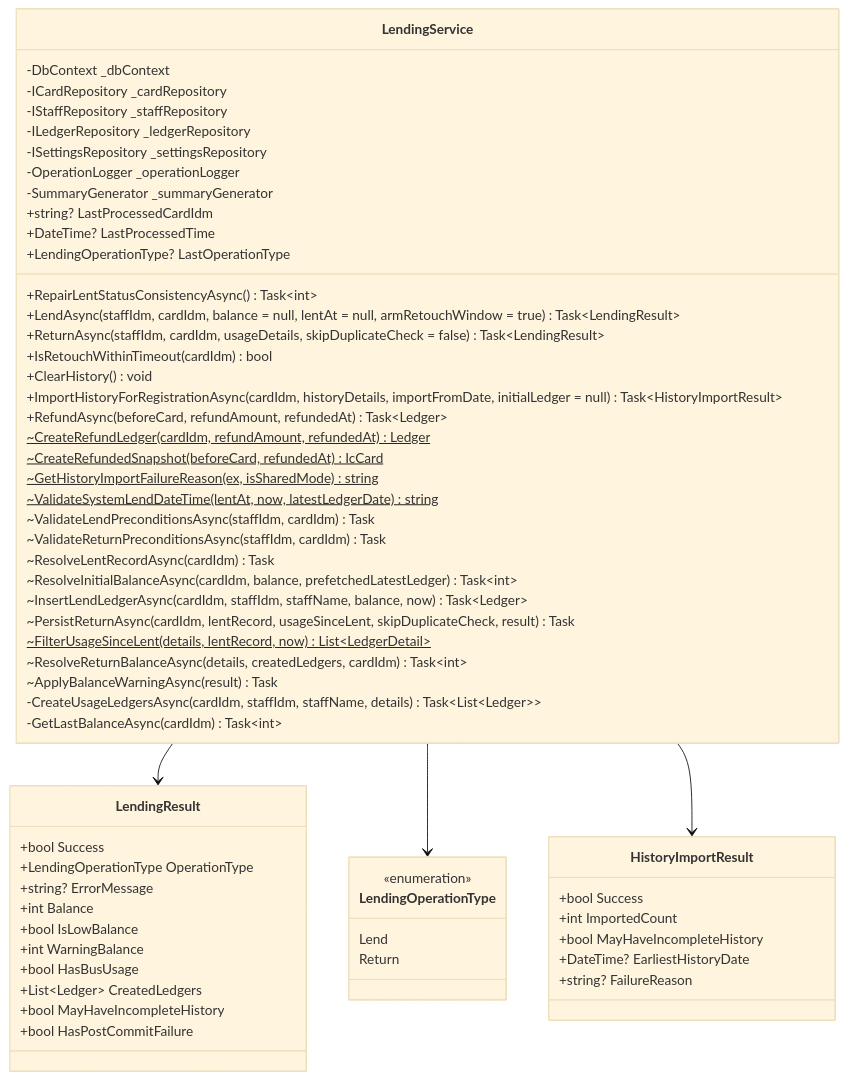
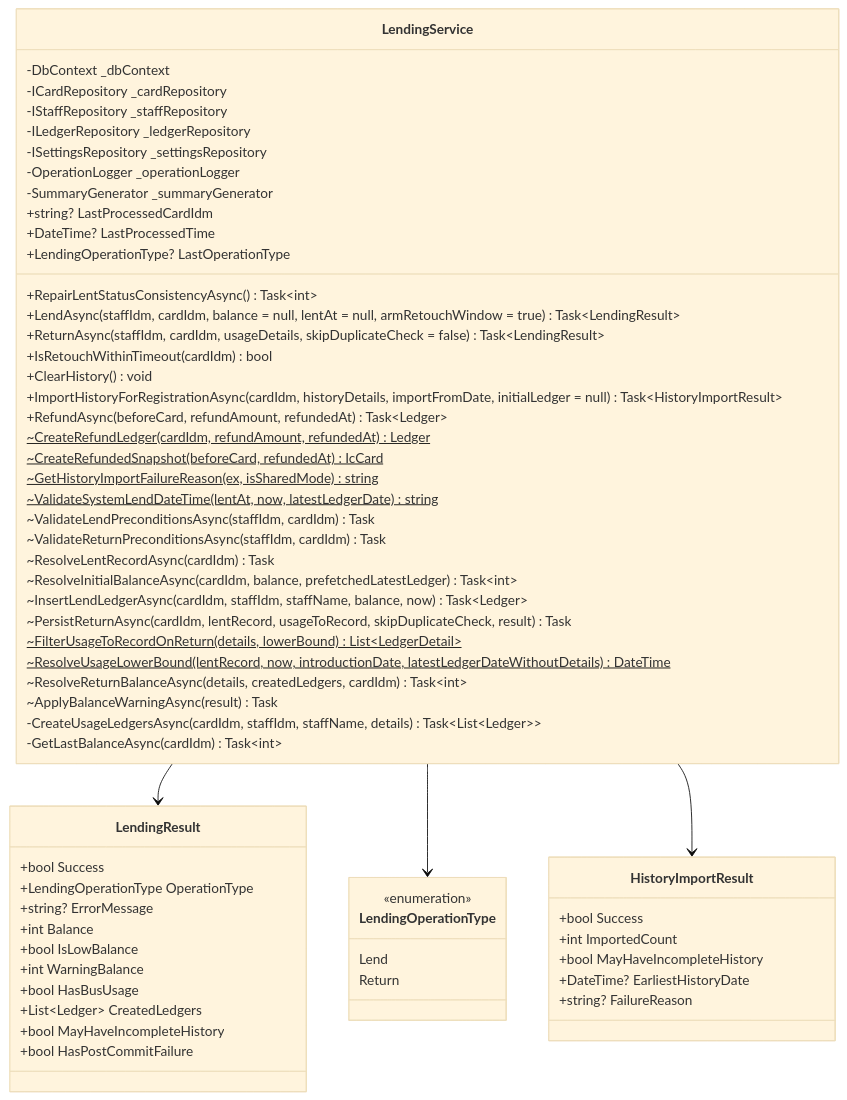
Before and after one commit to kuwayamamasayuki/ICCardManager: the fifth of 53 diagrams in ICCardManager/docs/design/05_クラス設計書.md, drawn with Mermaid (base theme). The commit also changed 13 other files, not shown here.

````diff
--- a/ICCardManager/docs/design/05_クラス設計書.md
+++ b/ICCardManager/docs/design/05_クラス設計書.md
@@ -578,68 +578,69 @@
 ```mermaid
 classDiagram
     class LendingService {
         -DbContext _dbContext
         -ICardRepository _cardRepository
         -IStaffRepository _staffRepository
         -ILedgerRepository _ledgerRepository
         -ISettingsRepository _settingsRepository
         -OperationLogger _operationLogger
         -SummaryGenerator _summaryGenerator
         +string? LastProcessedCardIdm
         +DateTime? LastProcessedTime
         +LendingOperationType? LastOperationType
         +RepairLentStatusConsistencyAsync() Task~int~
         +LendAsync(staffIdm, cardIdm, balance = null, lentAt = null, armRetouchWindow = true) Task~LendingResult~
         +ReturnAsync(staffIdm, cardIdm, usageDetails, skipDuplicateCheck = false) Task~LendingResult~
         +IsRetouchWithinTimeout(cardIdm) bool
         +ClearHistory() void
         +ImportHistoryForRegistrationAsync(cardIdm, historyDetails, importFromDate, initialLedger = null) Task~HistoryImportResult~
         +RefundAsync(beforeCard, refundAmount, refundedAt) Task~Ledger~
         ~CreateRefundLedger(cardIdm, refundAmount, refundedAt)$ Ledger
         ~CreateRefundedSnapshot(beforeCard, refundedAt)$ IcCard
         ~GetHistoryImportFailureReason(ex, isSharedMode)$ string
         ~ValidateSystemLendDateTime(lentAt, now, latestLedgerDate)$ string
         ~ValidateLendPreconditionsAsync(staffIdm, cardIdm) Task
         ~ValidateReturnPreconditionsAsync(staffIdm, cardIdm) Task
         ~ResolveLentRecordAsync(cardIdm) Task
         ~ResolveInitialBalanceAsync(cardIdm, balance, prefetchedLatestLedger) Task~int~
         ~InsertLendLedgerAsync(cardIdm, staffIdm, staffName, balance, now) Task~Ledger~
-        ~PersistReturnAsync(cardIdm, lentRecord, usageSinceLent, skipDuplicateCheck, result) Task
-        ~FilterUsageSinceLent(details, lentRecord, now)$ List~LedgerDetail~
+        ~PersistReturnAsync(cardIdm, lentRecord, usageToRecord, skipDuplicateCheck, result) Task
+        ~FilterUsageToRecordOnReturn(details, lowerBound)$ List~LedgerDetail~
+        ~ResolveUsageLowerBound(lentRecord, now, introductionDate, latestLedgerDateWithoutDetails)$ DateTime
         ~ResolveReturnBalanceAsync(details, createdLedgers, cardIdm) Task~int~
         ~ApplyBalanceWarningAsync(result) Task
         -CreateUsageLedgersAsync(cardIdm, staffIdm, staffName, details) Task~List~Ledger~~
         -GetLastBalanceAsync(cardIdm) Task~int~
     }
 
     class LendingResult {
         +bool Success
         +LendingOperationType OperationType
         +string? ErrorMessage
         +int Balance
         +bool IsLowBalance
         +int WarningBalance
         +bool HasBusUsage
         +List~Ledger~ CreatedLedgers
         +bool MayHaveIncompleteHistory
         +bool HasPostCommitFailure
     }
 
     class LendingOperationType {
         <<enumeration>>
         Lend
         Return
     }
 
     class HistoryImportResult {
         +bool Success
         +int ImportedCount
         +bool MayHaveIncompleteHistory
         +DateTime? EarliestHistoryDate
         +string? FailureReason
     }
 
     LendingService --> LendingResult
     LendingService --> LendingOperationType
     LendingService --> HistoryImportResult
 ```
````
